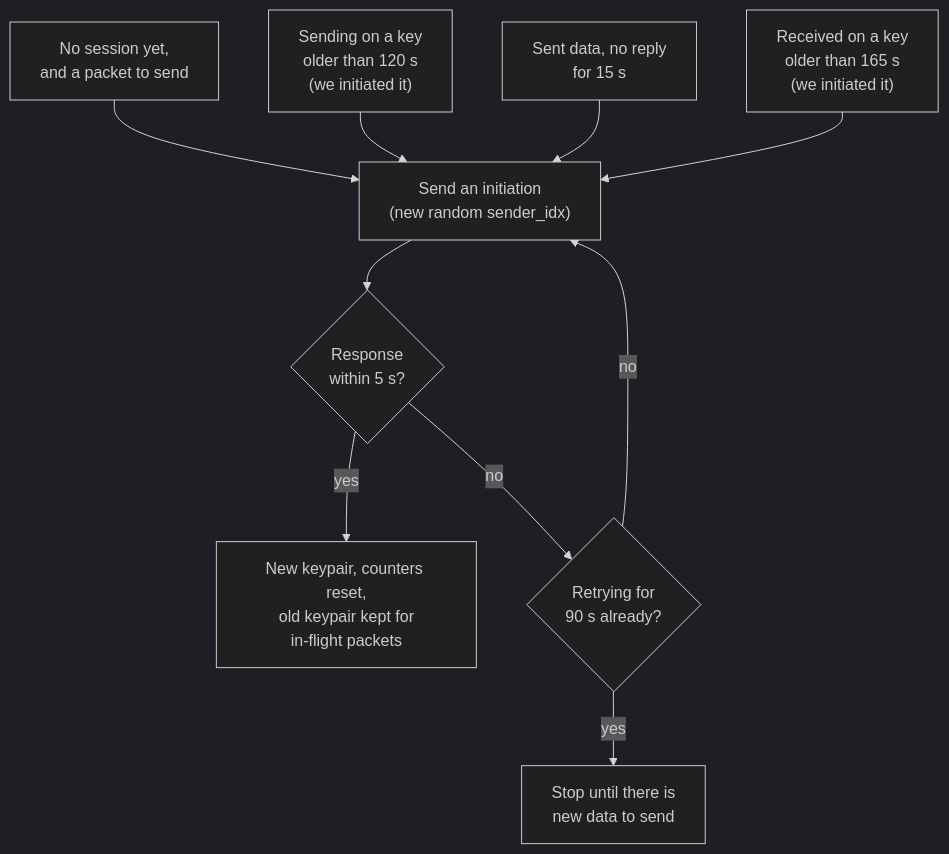
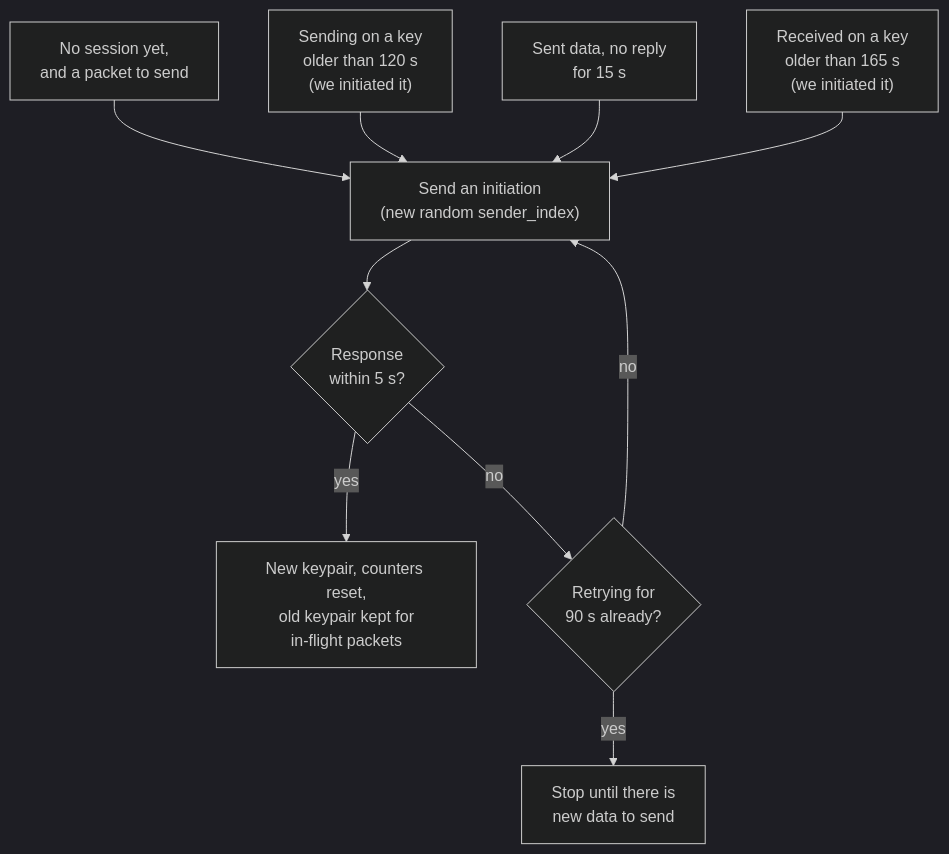
Before and after one commit to 3alpha/wg-relay: the fifth of 23 diagrams in docs/how-it-works.md, drawn with Mermaid (dark theme). The commit also changed other lines of this file and 46 other files, not shown here.

````diff
--- a/docs/how-it-works.md
+++ b/docs/how-it-works.md
@@ -217,12 +219,12 @@
 ```mermaid
 flowchart TD
-    D1["No session yet,<br/>and a packet to send"] --> H["Send an initiation<br/>(new random sender_idx)"]
+    D1["No session yet,<br/>and a packet to send"] --> H["Send an initiation<br/>(new random sender_index)"]
     D2["Sending on a key<br/>older than 120 s<br/>(we initiated it)"] --> H
     D3["Sent data, no reply<br/>for 15 s"] --> H
     D4["Received on a key<br/>older than 165 s<br/>(we initiated it)"] --> H
     H --> W{"Response<br/>within 5 s?"}
     W -- yes --> OK["New keypair, counters reset,<br/>old keypair kept for<br/>in-flight packets"]
     W -- no --> T{"Retrying for<br/>90 s already?"}
     T -- no --> H
     T -- yes --> G["Stop until there is<br/>new data to send"]
 ```
````
